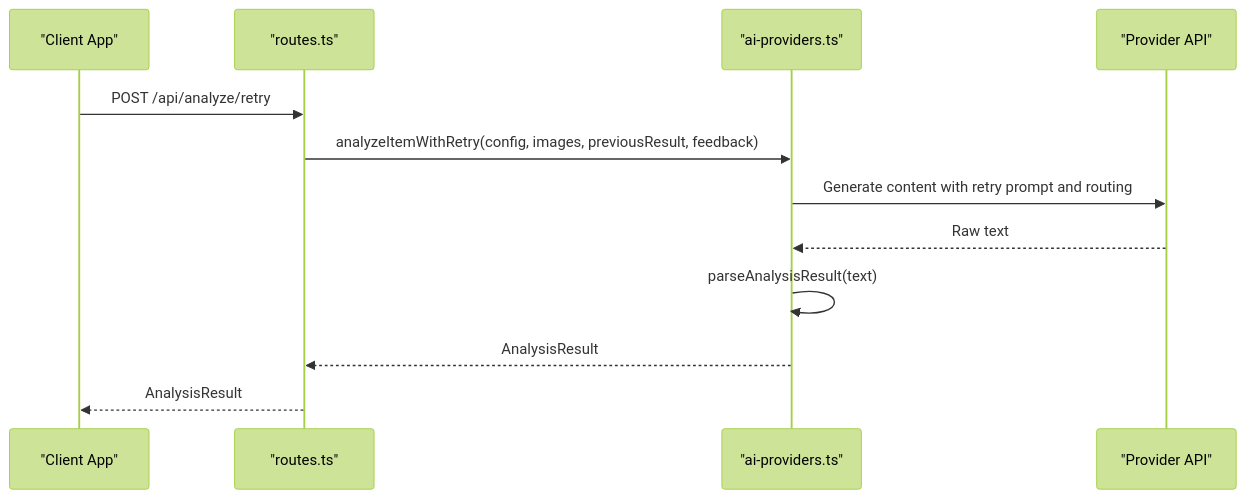
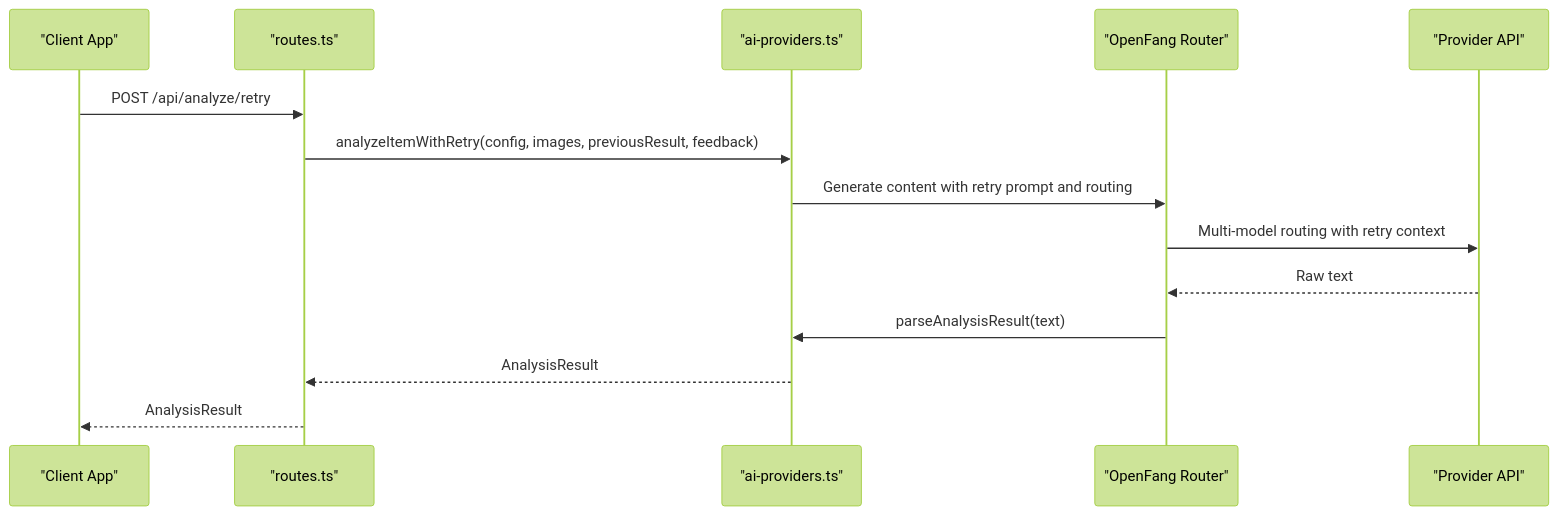
Before and after one commit to hunglevi87/Hidden-Gem: the eighth of 12 diagrams in .qoder/repowiki/en/content/AI Integration/AI Provider System.md, drawn with Mermaid (forest theme). The commit also changed other lines of this file and 5 other files, not shown here.

First line of the commit message:
feat(openfang): enhance AI provider with multi-model routing and fallback

````diff
--- a/.qoder/repowiki/en/content/AI Integration/AI Provider System.md
+++ b/.qoder/repowiki/en/content/AI Integration/AI Provider System.md
@@ -362,14 +374,16 @@
 ```mermaid
 sequenceDiagram
 participant Client as "Client App"
 participant Routes as "routes.ts"
 participant Factory as "ai-providers.ts"
+participant OpenFang as "OpenFang Router"
 participant Provider as "Provider API"
 Client->>Routes : POST /api/analyze/retry
 Routes->>Factory : analyzeItemWithRetry(config, images, previousResult, feedback)
-Factory->>Provider : Generate content with retry prompt and routing
-Provider-->>Factory : Raw text
-Factory->>Factory : parseAnalysisResult(text)
+Factory->>OpenFang : Generate content with retry prompt and routing
+OpenFang->>Provider : Multi-model routing with retry context
+Provider-->>OpenFang : Raw text
+OpenFang->>Factory : parseAnalysisResult(text)
 Factory-->>Routes : AnalysisResult
 Routes-->>Client : AnalysisResult
 ```
````
